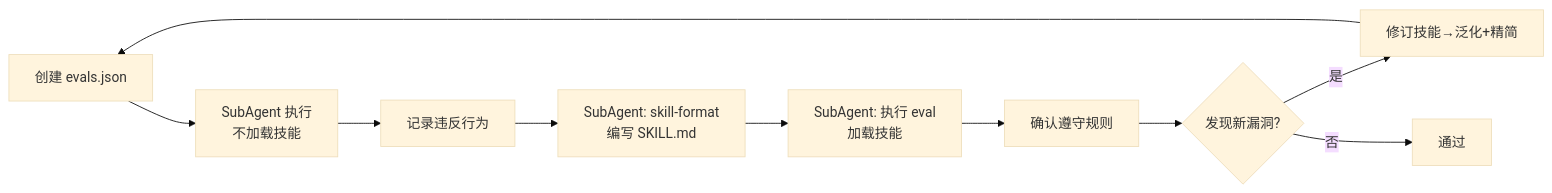
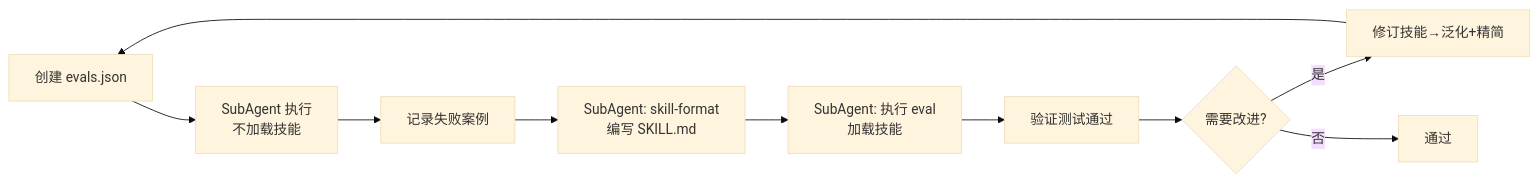
Before and after one commit to Z-JaDe/meta-skill: the third of 5 diagrams in skills/meta-skill/SKILL.md, drawn with Mermaid (base theme). The commit also changed other lines of this file, not shown here.

````diff
--- a/skills/meta-skill/SKILL.md
+++ b/skills/meta-skill/SKILL.md
@@ -122,12 +133,12 @@
 ```mermaid
 flowchart LR
     R1[创建 evals.json] --> R2[SubAgent 执行<br/>不加载技能]
-    R2 --> R3[记录违反行为]
+    R2 --> R3[记录失败案例]
     R3 --> G1[SubAgent: skill-format<br/>编写 SKILL.md]
     G1 --> G2[SubAgent: 执行 eval<br/>加载技能]
-    G2 --> G3[确认遵守规则]
-    G3 --> RF{发现新漏洞?}
+    G2 --> G3[验证测试通过]
+    G3 --> RF{需要改进?}
     RF -->|是| RF1[修订技能→泛化+精简]
     RF1 --> R1
     RF -->|否| Done[通过]
 ```
````
